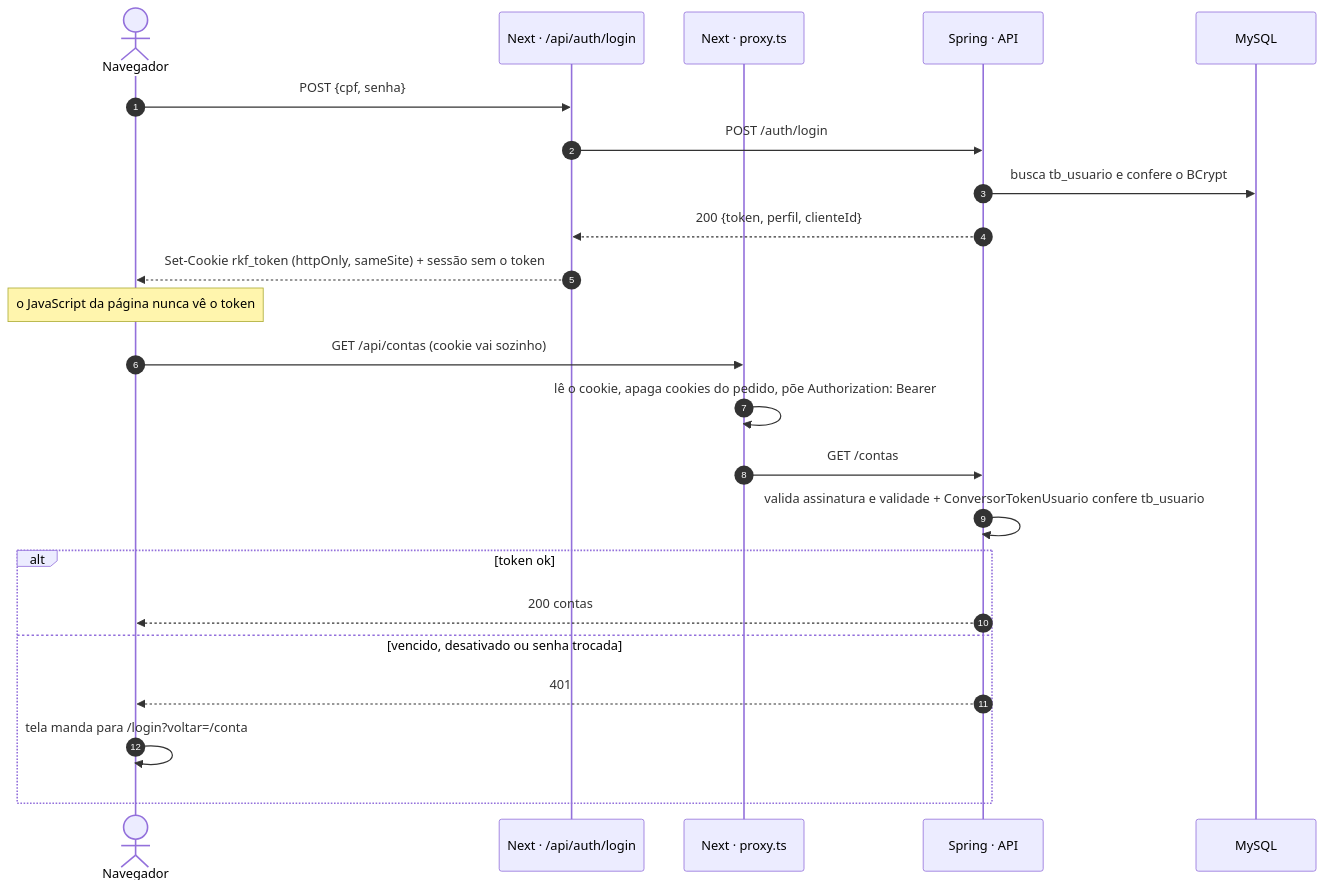
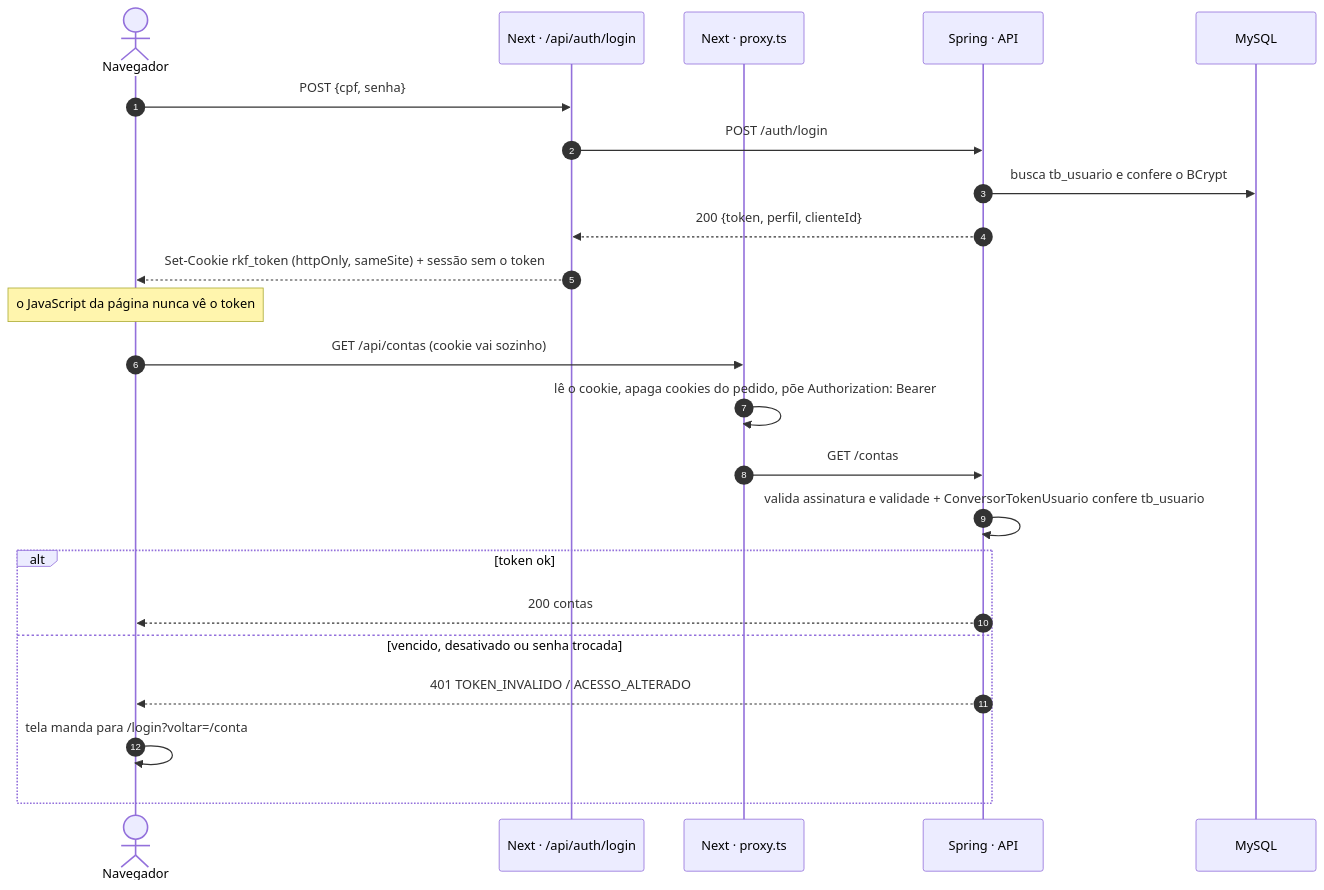
Before and after one commit to k3vinrich4rd/rkf_bank: the seventh of 11 diagrams in FLUXOS.md, drawn with Mermaid. The commit also changed other lines of this file and 19 other files, not shown here.

````diff
--- a/FLUXOS.md
+++ b/FLUXOS.md
@@ -248,27 +418,27 @@
 ```mermaid
 sequenceDiagram
     autonumber
     actor U as Navegador
     participant RH as Next · /api/auth/login
     participant PX as Next · proxy.ts
     participant API as Spring · API
     participant DB as MySQL
 
     U->>RH: POST {cpf, senha}
     RH->>API: POST /auth/login
     API->>DB: busca tb_usuario e confere o BCrypt
     API-->>RH: 200 {token, perfil, clienteId}
     RH-->>U: Set-Cookie rkf_token (httpOnly, sameSite) + sessão sem o token
     Note over U: o JavaScript da página nunca vê o token
 
     U->>PX: GET /api/contas (cookie vai sozinho)
     PX->>PX: lê o cookie, apaga cookies do pedido, põe Authorization: Bearer
     PX->>API: GET /contas
     API->>API: valida assinatura e validade + ConversorTokenUsuario confere tb_usuario
     alt token ok
         API-->>U: 200 contas
     else vencido, desativado ou senha trocada
-        API-->>U: 401
+        API-->>U: 401 TOKEN_INVALIDO / ACESSO_ALTERADO
         U->>U: tela manda para /login?voltar=/conta
     end
 ```
````
